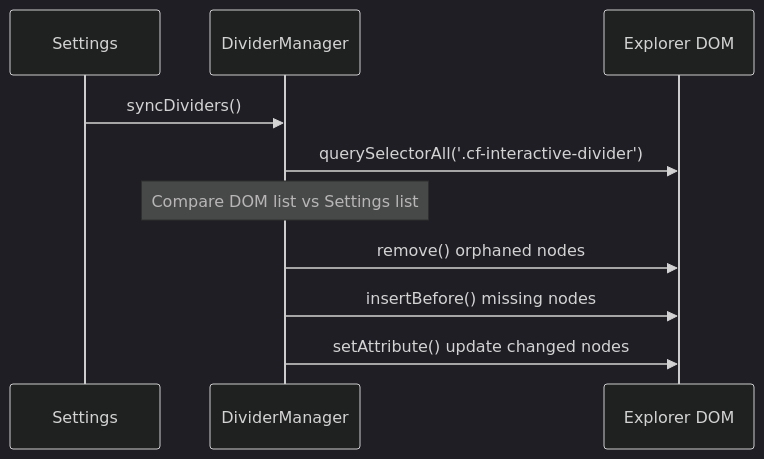
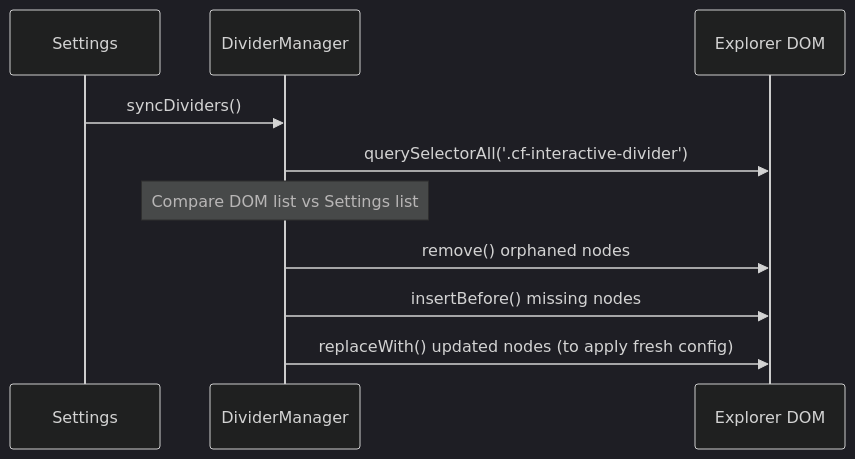
Before and after one commit to RohitNahar-Offical/colorful-folders-obsidian: the diagram in docs/ENGINE_INTERNALS.md, drawn with Mermaid (dark theme). The commit also changed other lines of this file and 8 other files, not shown here.

````diff
--- a/docs/ENGINE_INTERNALS.md
+++ b/docs/ENGINE_INTERNALS.md
@@ -67,13 +67,13 @@
 ```mermaid
 sequenceDiagram
     participant S as Settings
     participant M as DividerManager
     participant D as Explorer DOM
     
     S->>M: syncDividers()
     M->>D: querySelectorAll('.cf-interactive-divider')
     Note over M: Compare DOM list vs Settings list
     M->>D: remove() orphaned nodes
     M->>D: insertBefore() missing nodes
-    M->>D: setAttribute() update changed nodes
+    M->>D: replaceWith() updated nodes (to apply fresh config)
 ```
````
